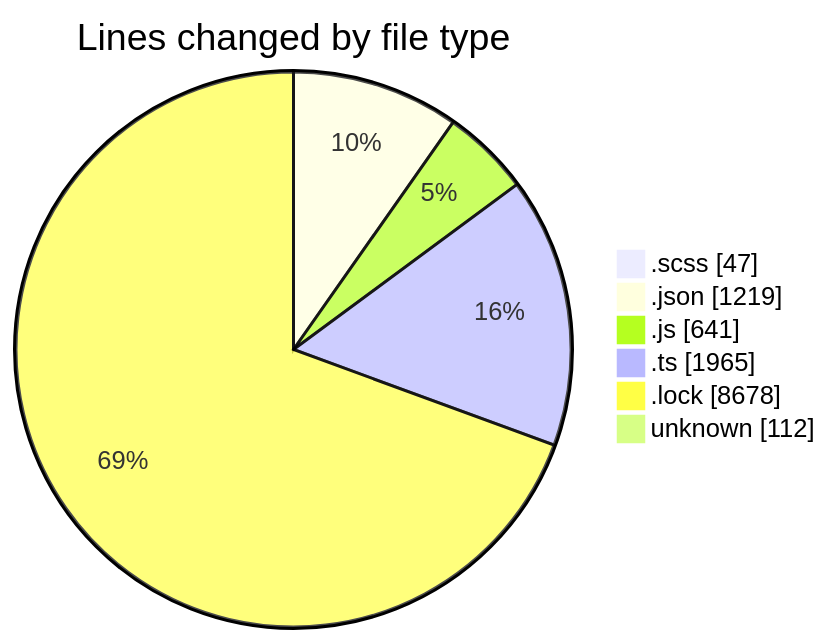
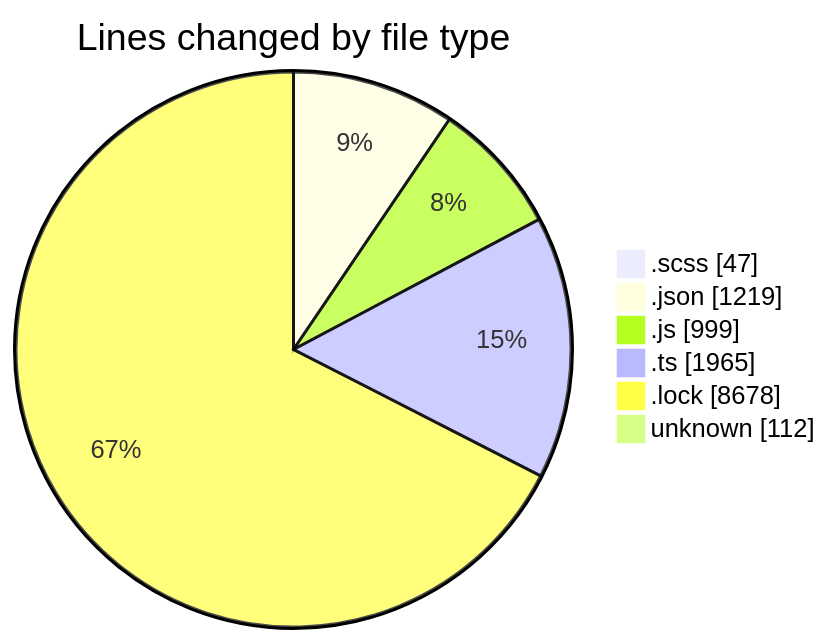
One commit to momahboobian/code-tracking changed the first of 2 diagrams in 2026-04-21/cda/README.md. Above: the diagram before and after it, drawn with Mermaid. The commit also changed other lines of this file and 1 other file, not shown here.

````diff
--- a/2026-04-21/cda/README.md
+++ b/2026-04-21/cda/README.md
@@ -45,10 +47,10 @@
 ```mermaid
 pie showData
 title Lines changed by file type
 ".scss" : 47
 ".json" : 1219
-".js" : 641
+".js" : 999
 ".ts" : 1965
 ".lock" : 8678
 "unknown" : 112
 ```
````
